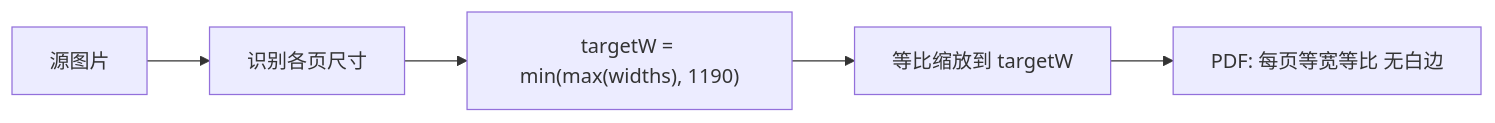
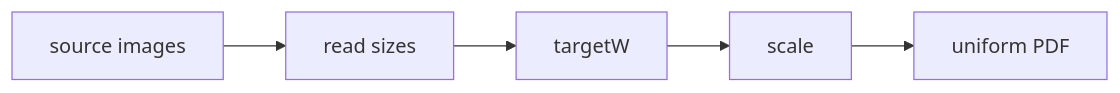
The diagram in docs/architecture/pdf.md (aDarkMaker/JMFM), drawn with Mermaid before and after one commit. The commit also changed 20 other files, not shown here.

Commit message:
docs: fix mermaid diagrams and tighten wiki copy

````diff
--- a/docs/architecture/pdf.md
+++ b/docs/architecture/pdf.md
@@ -22,7 +22,7 @@
 ```mermaid
 flowchart LR
-    imgs["源图片"] --> sizes["识别各页尺寸"]
-    sizes --> target["targetW = min(max(widths), 1190)"]
-    target --> resize["等比缩放到 targetW"]
-    resize --> pdf["PDF: 每页等宽等比 无白边"]
+    imgs[source images] --> sizes[read sizes]
+    sizes --> target[targetW]
+    target --> resize[scale]
+    resize --> pdf[uniform PDF]
 ```
````
